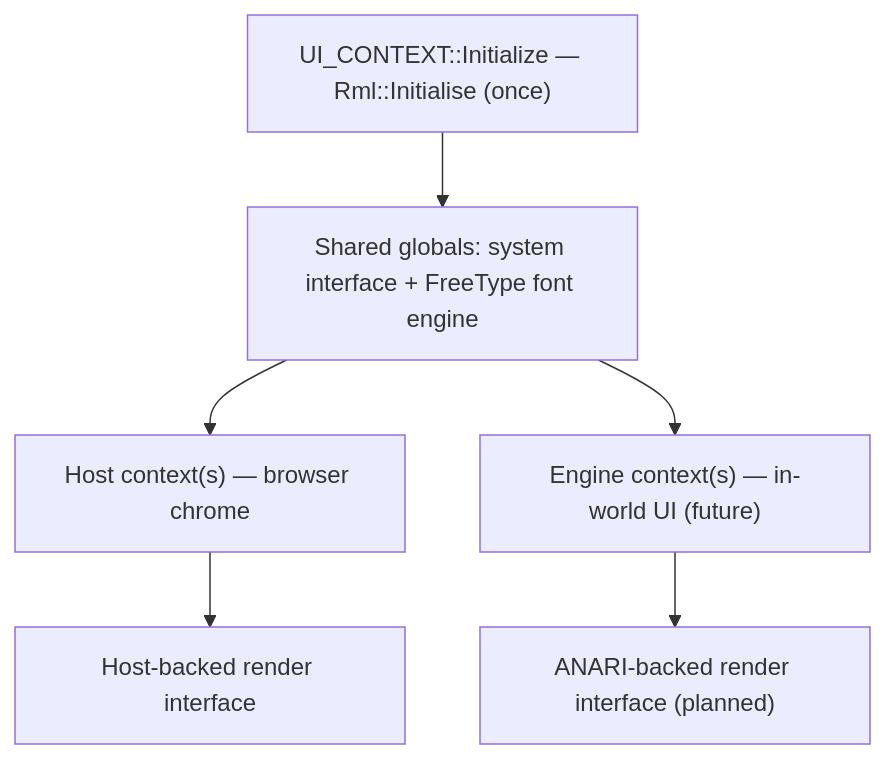
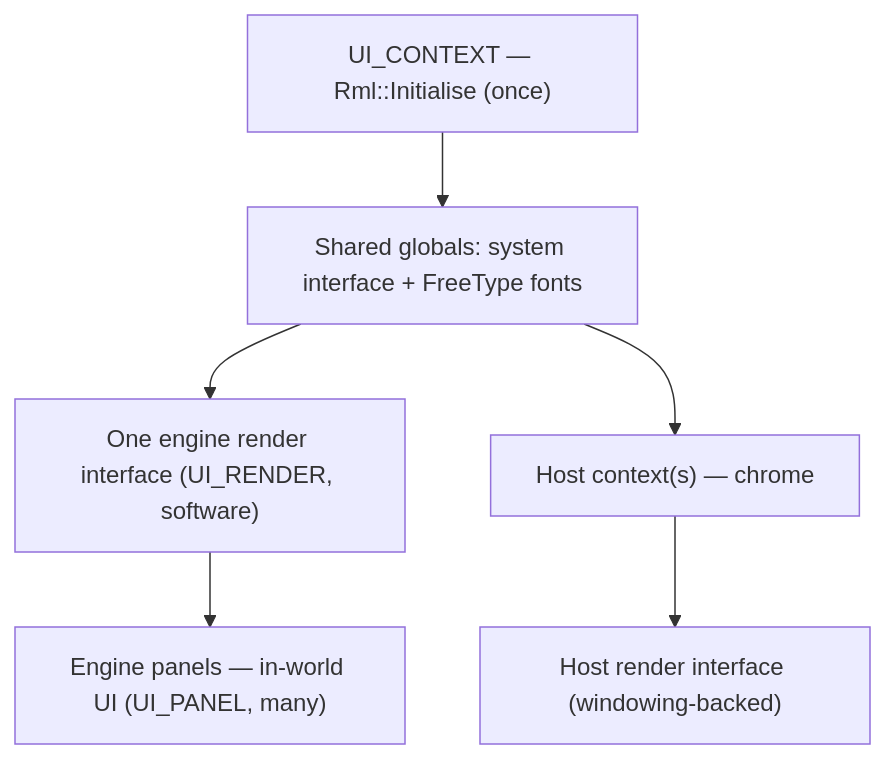
Before and after one commit to AlfaOmegaGrafx/Sneeze: the second of 2 diagrams in docs/systems/ui.md, drawn with Mermaid. The commit also changed other lines of this file and 40 other files, not shown here.

````diff
--- a/docs/systems/ui.md
+++ b/docs/systems/ui.md
@@ -51,15 +80,15 @@
 ```mermaid
 flowchart TD
-  Init["UI_CONTEXT::Initialize — Rml::Initialise (once)"]
-  Shared["Shared globals: system interface + FreeType font engine"]
-  HostCtx["Host context(s) — browser chrome"]
-  WorldCtx["Engine context(s) — in-world UI (future)"]
-  HostRI["Host-backed render interface"]
-  AnariRI["ANARI-backed render interface (planned)"]
+  Init["UI_CONTEXT — Rml::Initialise (once)"]
+  Shared["Shared globals: system interface + FreeType fonts"]
+  EngineRI["One engine render interface (UI_RENDER, software)"]
+  Panels["Engine panels — in-world UI (UI_PANEL, many)"]
+  HostCtx["Host context(s) — chrome"]
+  HostRI["Host render interface (windowing-backed)"]
 
   Init --> Shared
+  Shared --> EngineRI
+  EngineRI --> Panels
   Shared --> HostCtx
-  Shared --> WorldCtx
   HostCtx --> HostRI
-  WorldCtx --> AnariRI
 ```
````
